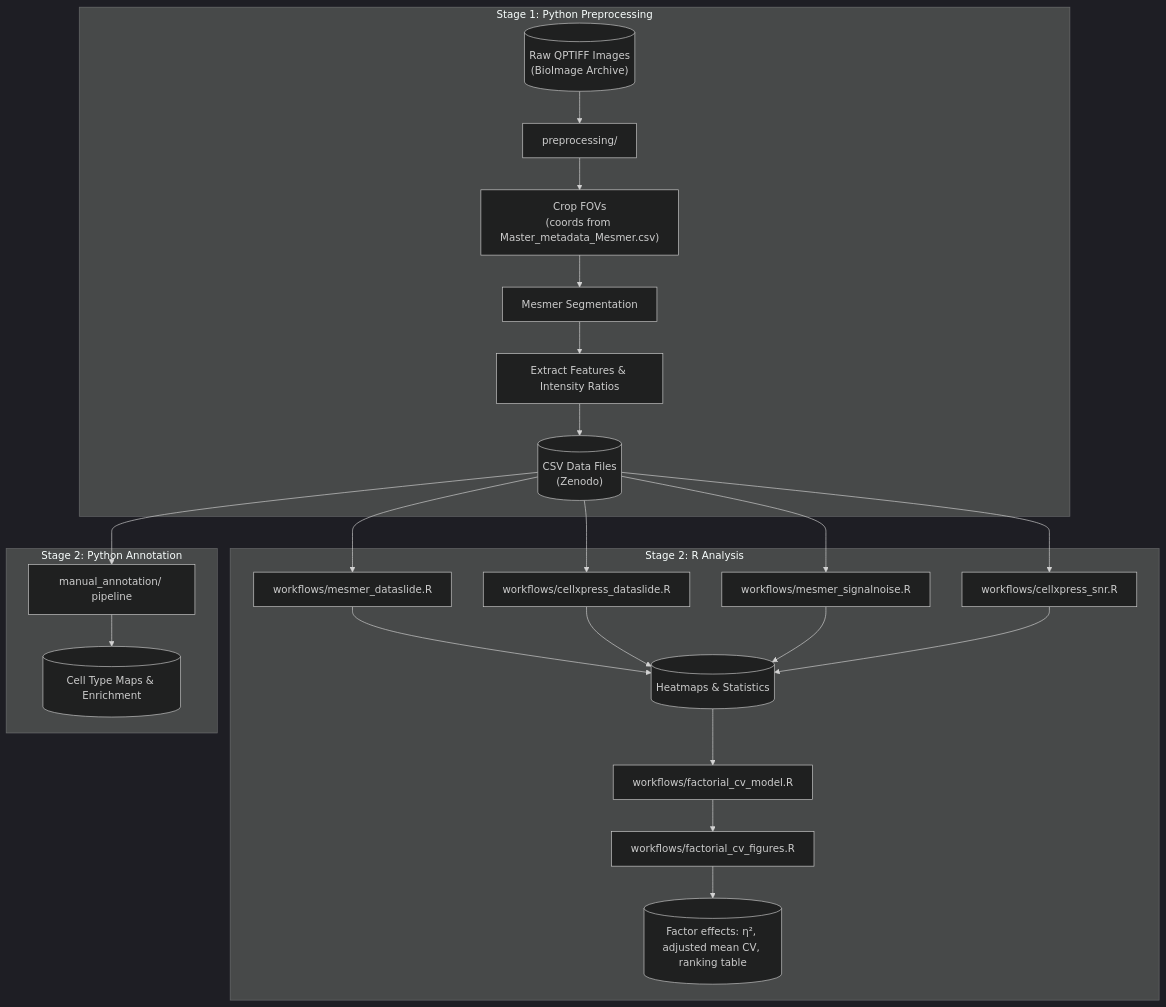
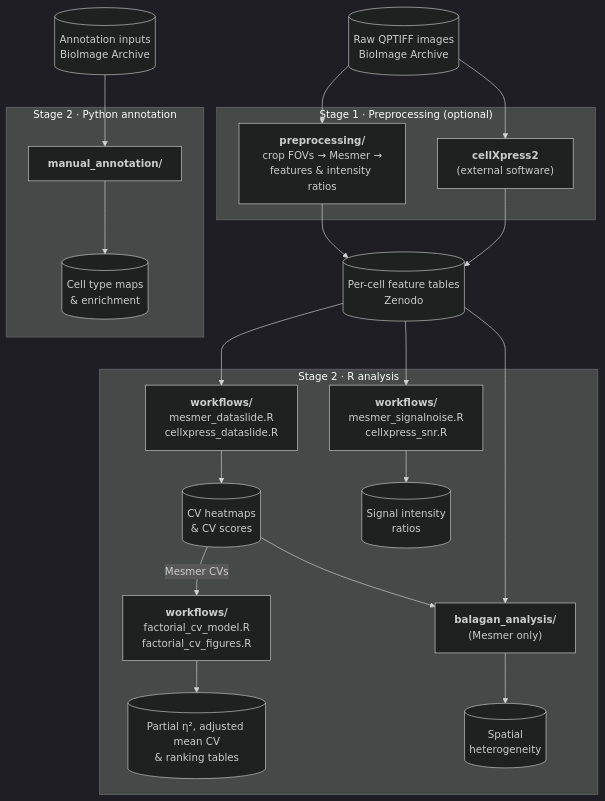
The diagram in README.md (SizunJiangLab/Benchmarking_tissue_preparation), drawn with Mermaid (dark theme) before and after one commit.

Commit message:
README: redraw workflow overview diagram (#12)
* README: redraw workflow overview diagram

Group related scripts into single nodes, add cellXpress 2 and balagan_analysis/,
take manual_annotation/ inputs from BioImage Archive, and show that the factorial
CV model and Balagan read the Mesmer CV outputs.

* README: write cellXpress2 without a space, as in the paper

* Diagram: note intensity ratios and Mesmer-only Balagan; use adjusted mean CV

````diff
--- a/README.md
+++ b/README.md
@@ -72,29 +72,33 @@
 ```mermaid
 flowchart TD
-    subgraph stage1["Stage 1: Python Preprocessing"]
-        A[("Raw QPTIFF Images<br/>(BioImage Archive)")] --> B["preprocessing/"]
-        B --> C["Crop FOVs<br/>(coords from Master_metadata_Mesmer.csv)"]
-        C --> D["Mesmer Segmentation"]
-        D --> E["Extract Features & Intensity Ratios"]
-        E --> F[("CSV Data Files<br/>(Zenodo)")]
+    A[("Raw QPTIFF images<br/>BioImage Archive")]
+    D[("Annotation inputs<br/>BioImage Archive")]
+
+    subgraph S1["Stage 1 · Preprocessing (optional)"]
+        B["<b>preprocessing/</b><br/>crop FOVs → Mesmer →<br/>features & intensity ratios"]
+        X["<b>cellXpress2</b><br/>(external software)"]
     end
 
-    subgraph stage2["Stage 2: R Analysis"]
-        F --> G["workflows/mesmer_dataslide.R"]
-        F --> H["workflows/cellxpress_dataslide.R"]
-        F --> I["workflows/mesmer_signalnoise.R"]
-        F --> M["workflows/cellxpress_snr.R"]
-        G --> J[("Heatmaps & Statistics")]
-        H --> J
-        I --> J
-        M --> J
-        J --> N["workflows/factorial_cv_model.R"]
-        N --> O["workflows/factorial_cv_figures.R"]
-        O --> P[("Factor effects: η², adjusted mean CV, ranking table")]
+    A --> B & X
+    B --> C[("Per-cell feature tables<br/>Zenodo")]
+    X --> C
+
+    subgraph S2["Stage 2 · R analysis"]
+        G["<b>workflows/</b><br/>mesmer_dataslide.R<br/>cellxpress_dataslide.R"]
+        I["<b>workflows/</b><br/>mesmer_signalnoise.R<br/>cellxpress_snr.R"]
+        N["<b>workflows/</b><br/>factorial_cv_model.R<br/>factorial_cv_figures.R"]
+        Q["<b>balagan_analysis/</b><br/>(Mesmer only)"]
+        G --> J[("CV heatmaps<br/>& CV scores")]
+        J -- Mesmer CVs --> N --> P[("Partial η², adjusted mean CV<br/>& ranking tables")]
+        I --> K[("Signal intensity<br/>ratios")]
+        J --> Q
+        Q --> R[("Spatial<br/>heterogeneity")]
     end
 
-    subgraph stage2b["Stage 2: Python Annotation"]
-        F --> K["manual_annotation/ pipeline"]
-        K --> L[("Cell Type Maps & Enrichment")]
+    subgraph S3["Stage 2 · Python annotation"]
+        M["<b>manual_annotation/</b>"] --> L[("Cell type maps<br/>& enrichment")]
     end
+
+    C --> G & I & Q
+    D --> M
 ```
````
